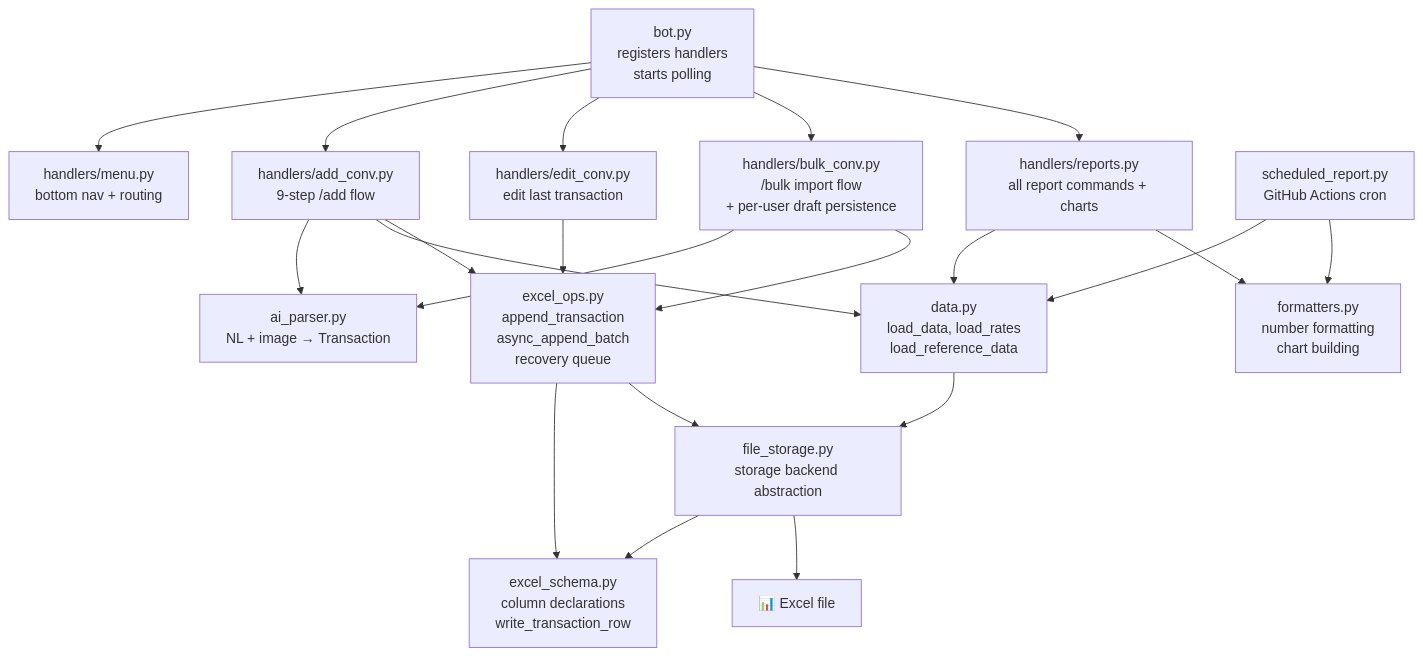
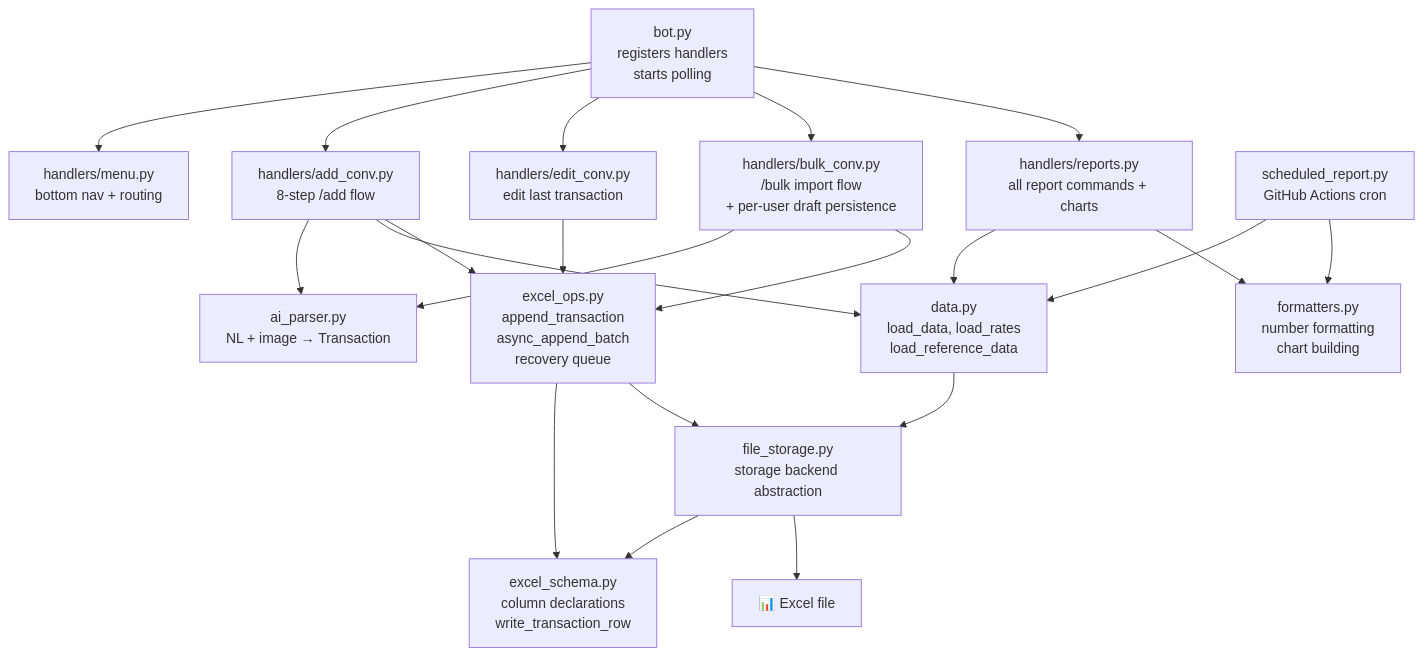
Before and after one commit to TeymurovFuad/family-budget-bot: the ninth of 10 diagrams in docs/architecture.md, drawn with Mermaid. The commit also changed other lines of this file and 18 other files, not shown here.

First line of the commit message:
Retire the Person field from all flows: household budgets as one unit (#41)

````diff
--- a/docs/architecture.md
+++ b/docs/architecture.md
@@ -232,30 +231,30 @@
 ```mermaid
 graph TD
     BOT["bot.py\nregisters handlers\nstarts polling"]
 
     BOT --> MENU_H["handlers/menu.py\nbottom nav + routing"]
-    BOT --> ADD_H["handlers/add_conv.py\n9-step /add flow"]
+    BOT --> ADD_H["handlers/add_conv.py\n8-step /add flow"]
     BOT --> EDIT_H["handlers/edit_conv.py\nedit last transaction"]
     BOT --> BULK_H["handlers/bulk_conv.py\n/bulk import flow\n+ per-user draft persistence"]
     BOT --> REP_H["handlers/reports.py\nall report commands + charts"]
 
     ADD_H --> AI["ai_parser.py\nNL + image → Transaction"]
     ADD_H --> DATA["data.py\nload_data, load_rates\nload_reference_data"]
     REP_H --> DATA
     REP_H --> FMT["formatters.py\nnumber formatting\nchart building"]
 
     DATA --> FS["file_storage.py\nstorage backend abstraction"]
     BULK_H --> AI
     ADD_H --> EXCEL_OPS["excel_ops.py\nappend_transaction\nasync_append_batch\nrecovery queue"]
     EDIT_H --> EXCEL_OPS
     BULK_H --> EXCEL_OPS
 
     EXCEL_OPS --> SCHEMA["excel_schema.py\ncolumn declarations\nwrite_transaction_row"]
     FS --> SCHEMA
 
     FS --> EXCEL["📊 Excel file"]
     EXCEL_OPS --> FS
 
     SCHED["scheduled_report.py\nGitHub Actions cron"] --> DATA
     SCHED --> FMT
 ```
````
